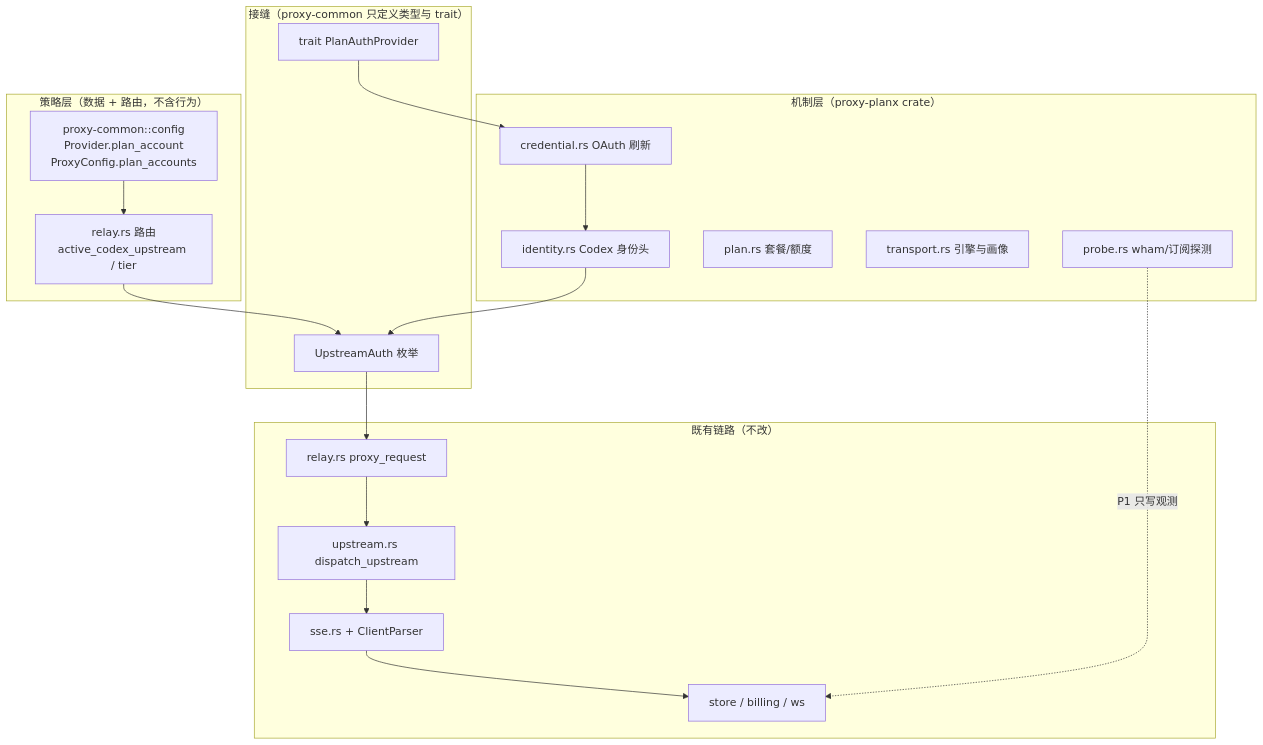
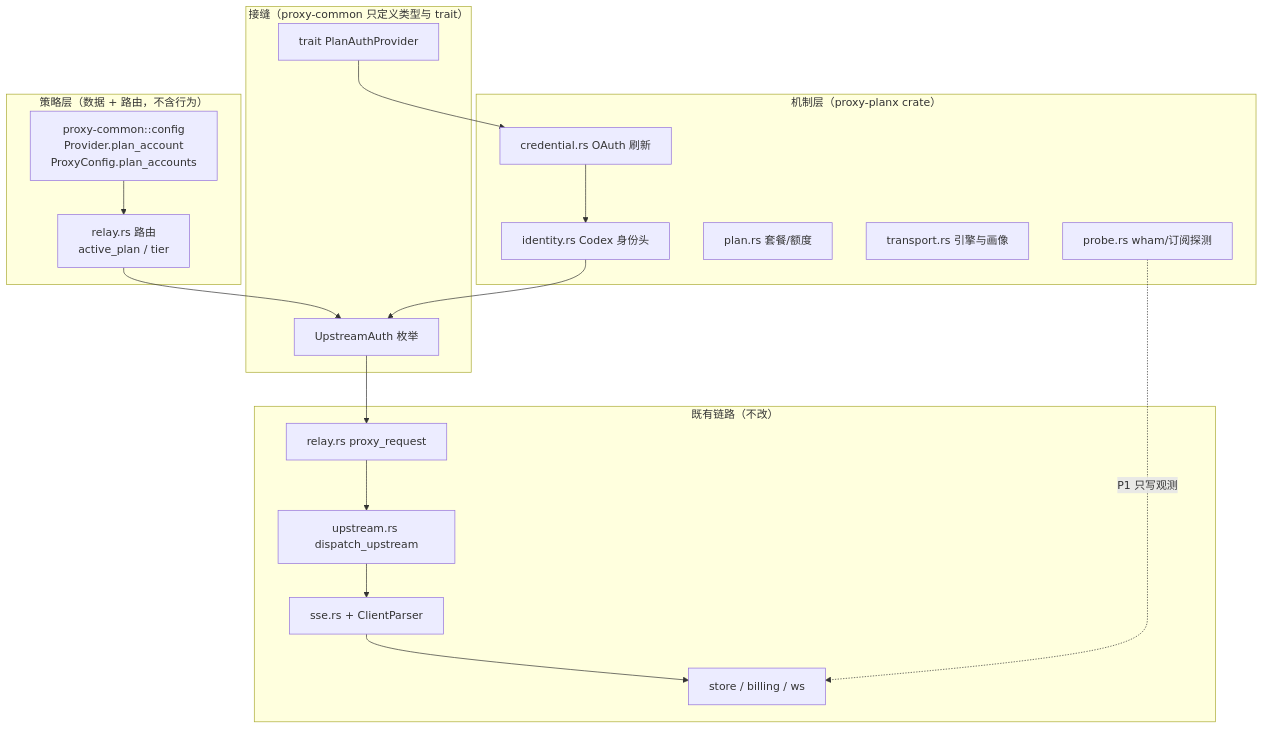
One commit to mushuanli/cc-proxy changed the diagram in doc/feat/planx.md. Above: the diagram before and after it, drawn with Mermaid. The commit also changed other lines of this file and 15 other files, not shown here.

````diff
--- a/doc/feat/planx.md
+++ b/doc/feat/planx.md
@@ -307,36 +307,36 @@
 ```mermaid
 flowchart TB
     subgraph policy["策略层（数据 + 路由，不含行为）"]
         P1["proxy-common::config<br/>Provider.plan_account<br/>ProxyConfig.plan_accounts"]
-        P2["relay.rs 路由<br/>active_codex_upstream / tier"]
+        P2["relay.rs 路由<br/>active_plan / tier"]
     end
 
     subgraph seam["接缝（proxy-common 只定义类型与 trait）"]
         S1["UpstreamAuth 枚举"]
         S2["trait PlanAuthProvider"]
     end
 
     subgraph mech["机制层（proxy-planx crate）"]
         M1["credential.rs OAuth 刷新"]
         M2["identity.rs Codex 身份头"]
         M3["plan.rs 套餐/额度"]
         M4["transport.rs 引擎与画像"]
         M5["probe.rs wham/订阅探测"]
     end
 
     subgraph existing["既有链路（不改）"]
         E1["relay.rs proxy_request"]
         E2["upstream.rs dispatch_upstream"]
         E3["sse.rs + ClientParser"]
         E4["store / billing / ws"]
     end
 
     P1 --> P2
     P2 --> S1
     S2 --> M1
     M1 --> M2
     M2 --> S1
     S1 --> E1
     E1 --> E2 --> E3 --> E4
     M5 -.->|"P1 只写观测"| E4
 ```
````
